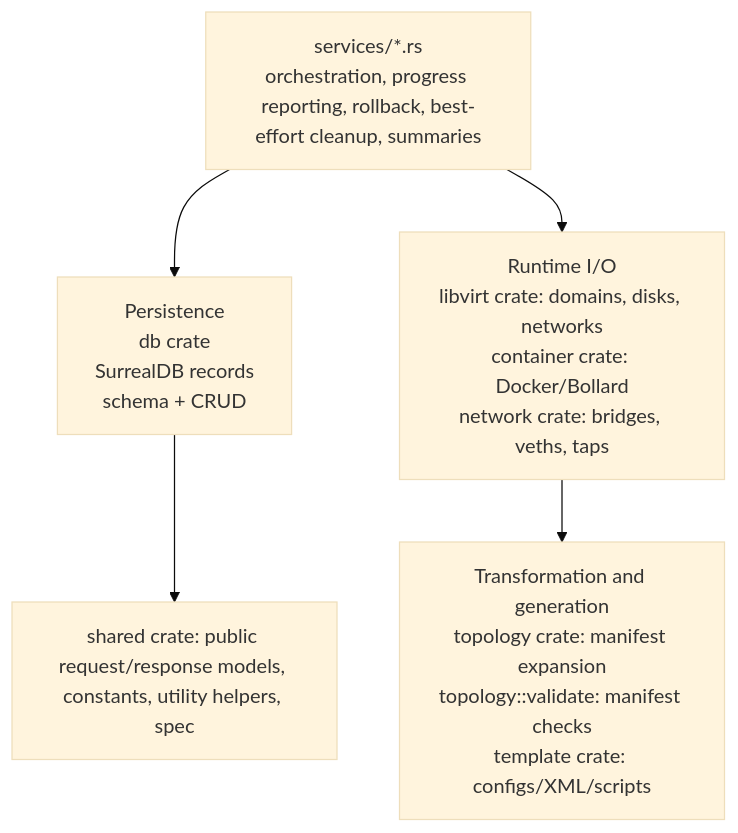
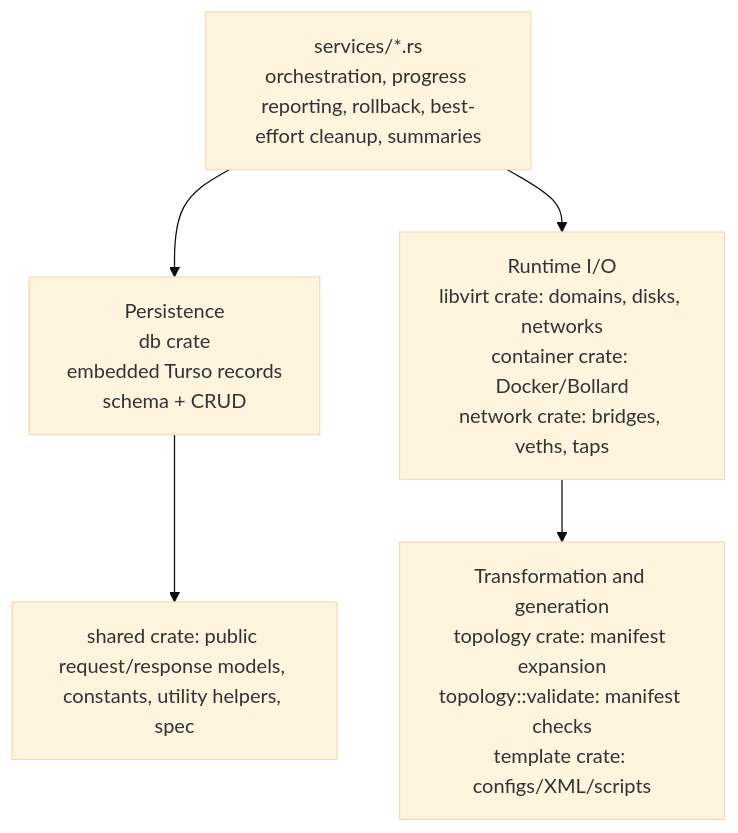
Diagram 12 of 26 in docs/architecture/SERVER.md (bwks/sherpa), drawn with Mermaid (base theme) before and after one commit. The commit also changed other lines of this file and 145 other files, not shown here.

````diff
--- a/docs/architecture/SERVER.md
+++ b/docs/architecture/SERVER.md
@@ -416,12 +416,12 @@
 ```mermaid
 flowchart TB
     services["services/*.rs<br/>orchestration, progress reporting, rollback, best-effort cleanup, summaries"]
-    persistence["Persistence<br/>db crate<br/>SurrealDB records<br/>schema + CRUD"]
+    persistence["Persistence<br/>db crate<br/>embedded Turso records<br/>schema + CRUD"]
     runtime["Runtime I/O<br/>libvirt crate: domains, disks, networks<br/>container crate: Docker/Bollard<br/>network crate: bridges, veths, taps"]
     transform["Transformation and generation<br/>topology crate: manifest expansion<br/>topology::validate: manifest checks<br/>template crate: configs/XML/scripts"]
     shared["shared crate: public request/response models, constants, utility helpers, spec"]
     services --> persistence
     services --> runtime
     runtime --> transform
     persistence --> shared
 ```
````
